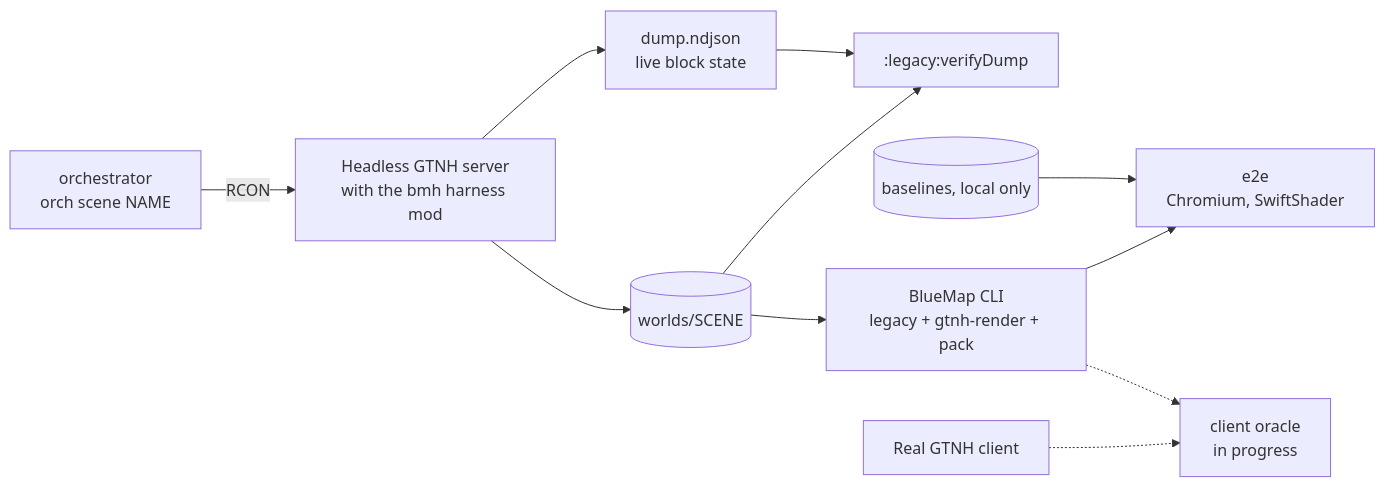
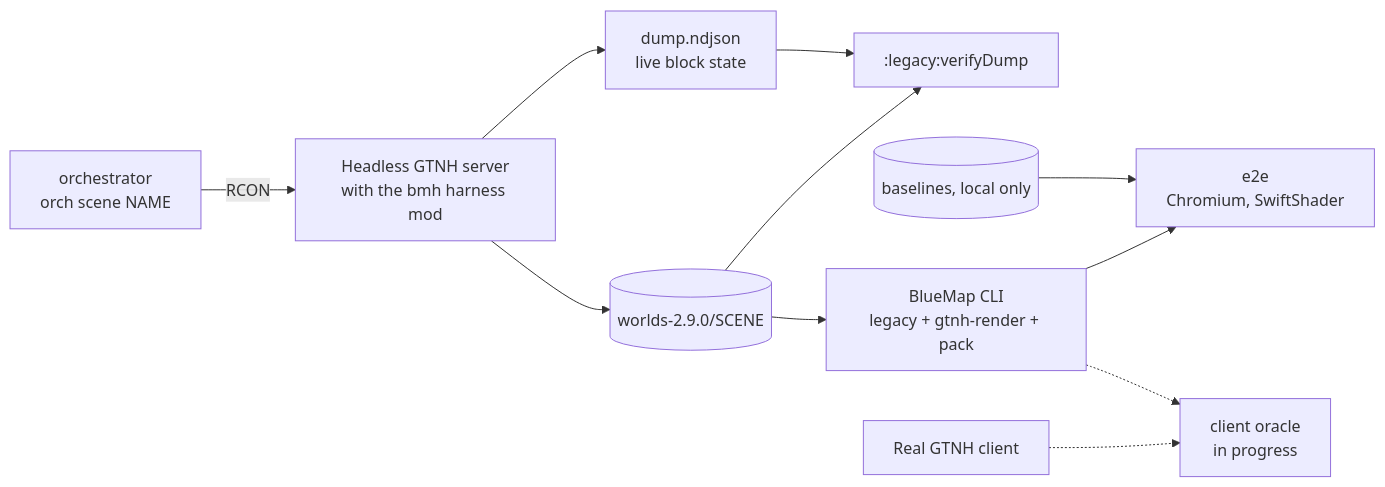
One commit to Bluemap-GTNH-Unofficial/BlueMap-GTNH changed the third of 3 diagrams in site/architecture.md. Above: the diagram before and after it, drawn with Mermaid. The commit also changed other lines of this file and 25 other files, not shown here.

````diff
--- a/site/architecture.md
+++ b/site/architecture.md
@@ -151,13 +151,13 @@
 ```mermaid
 flowchart LR
   orch["orchestrator<br/>orch scene NAME"] -->|RCON| server["Headless GTNH server<br/>with the bmh harness mod"]
-  server --> worlds[("worlds/SCENE")]
+  server --> worlds[("worlds-2.9.0/SCENE")]
   server --> dump["dump.ndjson<br/>live block state"]
   worlds --> verify[":legacy:verifyDump"]
   dump --> verify
   worlds --> cli["BlueMap CLI<br/>legacy + gtnh-render + pack"]
   cli --> e2e["e2e<br/>Chromium, SwiftShader"]
   baselines[("baselines, local only")] --> e2e
   realclient["Real GTNH client"] -.-> oracle["client oracle<br/>in progress"]
   cli -.-> oracle
 ```
````
